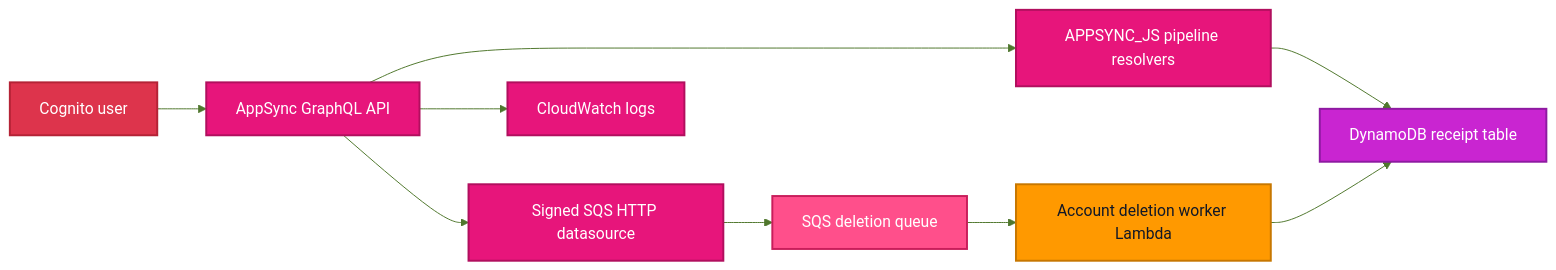
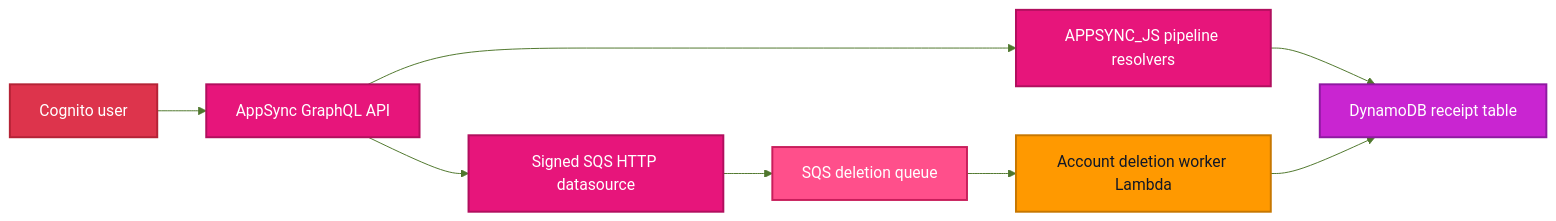
Before and after one commit to reiganarmstrong/check-split-mono: the first of 5 diagrams in infra/modules/receipt-api/README.md, drawn with Mermaid. The commit also changed other lines of this file and 6 other files, not shown here.

First line of the commit message:
chore(infra): disable CloudWatch log writes

````diff
--- a/infra/modules/receipt-api/README.md
+++ b/infra/modules/receipt-api/README.md
@@ -80,36 +80,33 @@
 ```mermaid
 ---
 config:
   theme: base
   themeVariables:
     primaryColor: "#DFF2E4"
     primaryTextColor: "#132A13"
     primaryBorderColor: "#3C6E47"
     lineColor: "#4F772D"
     secondaryColor: "#E9F5DB"
     tertiaryColor: "#FEFAE0"
 ---
 flowchart LR
   C["Cognito user"] --> A["AppSync GraphQL API"]
   A --> R["APPSYNC_JS pipeline resolvers"]
   R --> D["DynamoDB receipt table"]
   A --> H["Signed SQS HTTP datasource"]
   H --> Q["SQS deletion queue"]
   Q --> WL["Account deletion worker Lambda"]
   WL --> D
-  A --> L["CloudWatch logs"]
 
   classDef cognito fill:#DD344C,stroke:#B42336,color:#FFFFFF,stroke-width:2px;
   classDef appsync fill:#E7157B,stroke:#B10F5E,color:#FFFFFF,stroke-width:2px;
   classDef dynamodb fill:#C925D1,stroke:#8E1AA1,color:#FFFFFF,stroke-width:2px;
   classDef lambda fill:#FF9900,stroke:#C77700,color:#111827,stroke-width:2px;
   classDef sqs fill:#FF4F8B,stroke:#C81E5B,color:#FFFFFF,stroke-width:2px;
-  classDef cloudwatch fill:#E7157B,stroke:#B10F5E,color:#FFFFFF,stroke-width:2px;
 
   class C cognito;
   class A,R,H appsync;
   class D dynamodb;
   class WL lambda;
   class Q sqs;
-  class L cloudwatch;
 ```
````
